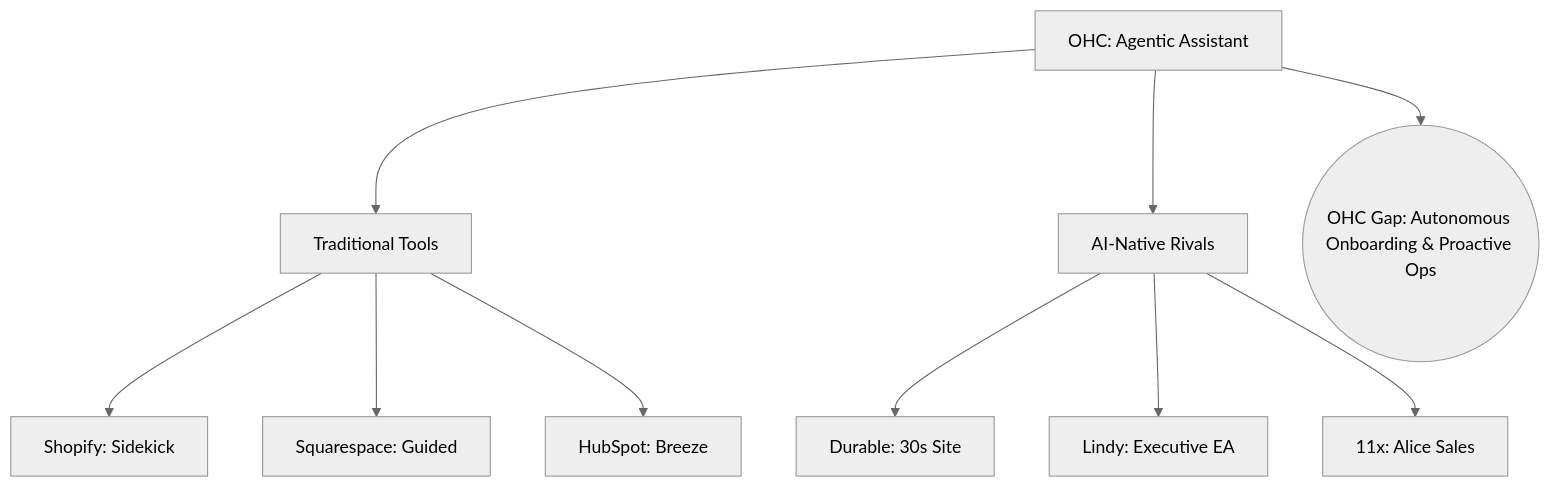
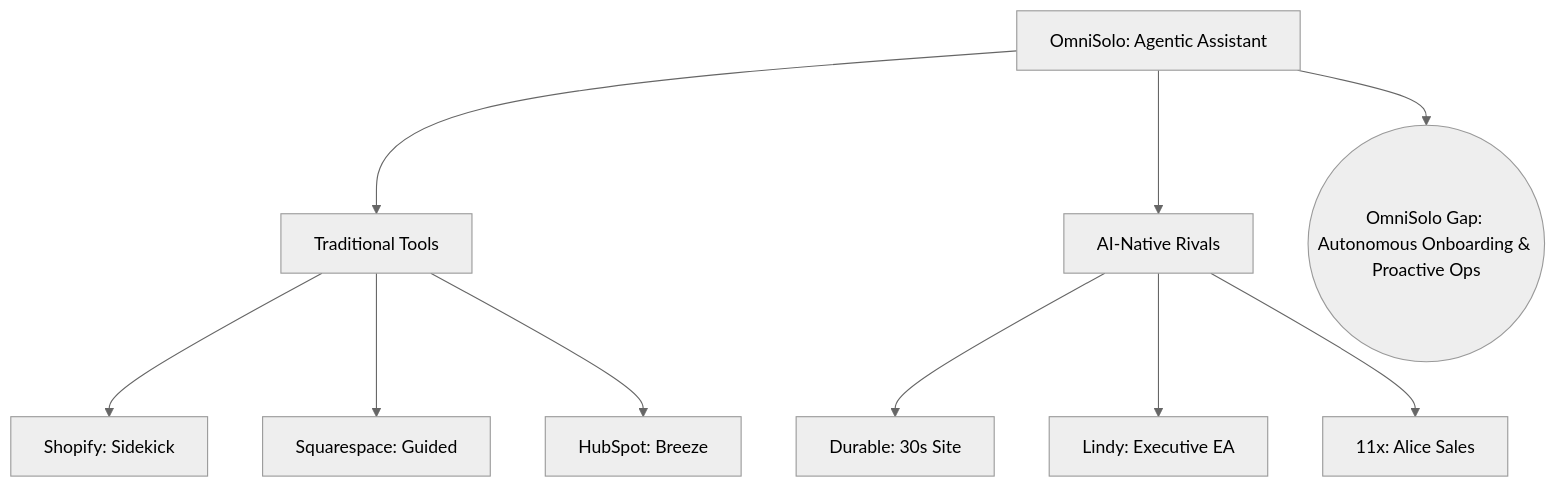
Before and after one commit to omnisolo-llc/onehumancorp: the diagram in docs/business/market_research/omnisolo_owner_work_assistant_competitive_research.md, drawn with Mermaid (neutral theme). The commit also changed other lines of this file and 388 other files, not shown here.

Commit message:
Complete OmniSolo state migration and browser identifiers

````diff
--- a/docs/business/market_research/omnisolo_owner_work_assistant_competitive_research.md
+++ b/docs/business/market_research/omnisolo_owner_work_assistant_competitive_research.md
@@ -101,16 +101,16 @@
 ```mermaid
 graph TD;
-    OHC[OHC: Agentic Assistant] --> Traditional[Traditional Tools];
-    OHC --> AINative[AI-Native Rivals];
+    OmniSolo[OmniSolo: Agentic Assistant] --> Traditional[Traditional Tools];
+    OmniSolo --> AINative[AI-Native Rivals];
 
     Traditional --> Shopify[Shopify: Sidekick];
     Traditional --> Squarespace[Squarespace: Guided];
     Traditional --> HubSpot[HubSpot: Breeze];
 
     AINative --> Durable[Durable: 30s Site];
     AINative --> Lindy[Lindy: Executive EA];
     AINative --> 11x[11x: Alice Sales];
 
-    OHCGap((OHC Gap: Autonomous Onboarding & Proactive Ops));
-    OHC --> OHCGap;
+    OmniSoloGap((OmniSolo Gap: Autonomous Onboarding & Proactive Ops));
+    OmniSolo --> OmniSoloGap;
 ```
````
